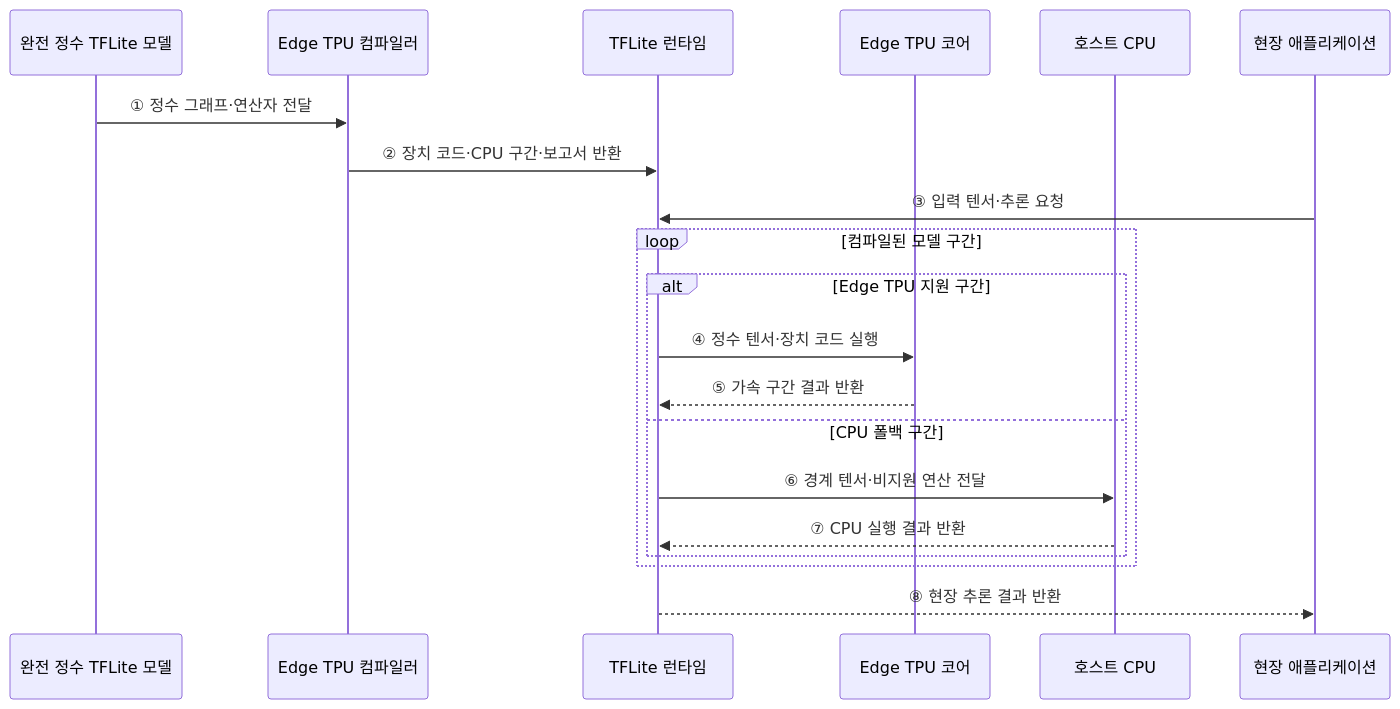
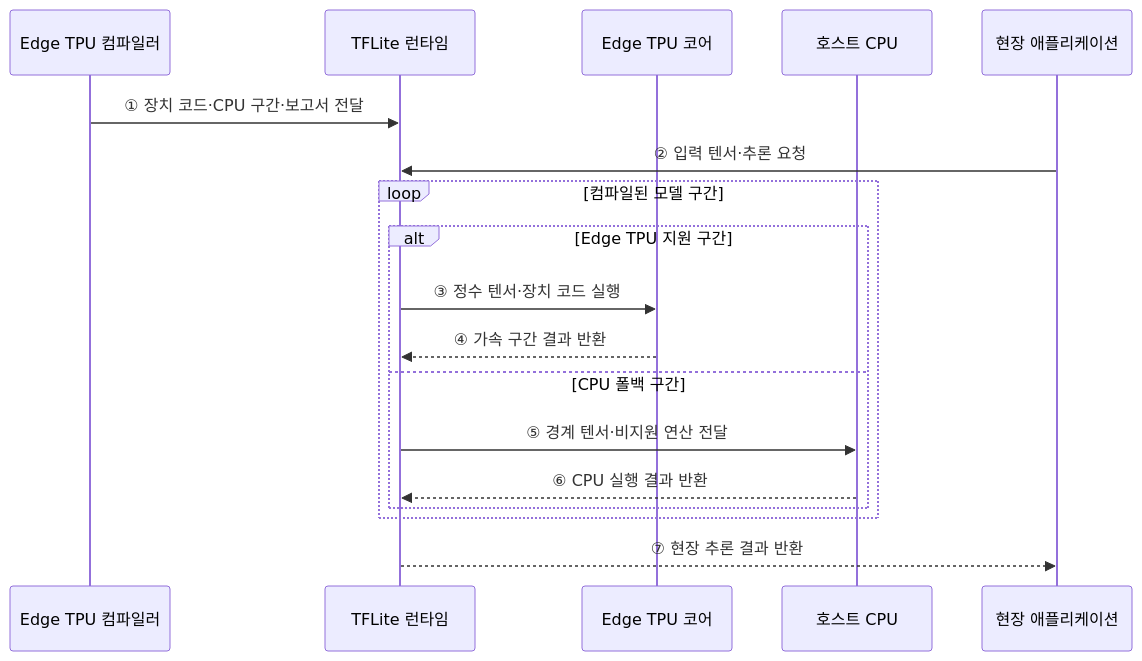
One commit to agnusdei1207/knowledge-base changed the second of 2 diagrams in src/content/docs/notes/02-hardware/045_edge_tpu.md. Above: the diagram before and after it, drawn with Mermaid. The commit also changed other lines of this file and 20 other files, not shown here.

````diff
--- a/src/content/docs/notes/02-hardware/045_edge_tpu.md
+++ b/src/content/docs/notes/02-hardware/045_edge_tpu.md
@@ -91,23 +82,21 @@
 ```mermaid
 sequenceDiagram
-    participant M as 완전 정수 TFLite 모델
     participant C as Edge TPU 컴파일러
     participant R as TFLite 런타임
     participant E as Edge TPU 코어
     participant H as 호스트 CPU
     participant A as 현장 애플리케이션
 
-    M->>C: ① 정수 그래프·연산자 전달
-    C->>R: ② 장치 코드·CPU 구간·보고서 반환
-    A->>R: ③ 입력 텐서·추론 요청
+    C->>R: ① 장치 코드·CPU 구간·보고서 전달
+    A->>R: ② 입력 텐서·추론 요청
     loop 컴파일된 모델 구간
         alt Edge TPU 지원 구간
-            R->>E: ④ 정수 텐서·장치 코드 실행
-            E-->>R: ⑤ 가속 구간 결과 반환
+            R->>E: ③ 정수 텐서·장치 코드 실행
+            E-->>R: ④ 가속 구간 결과 반환
         else CPU 폴백 구간
-            R->>H: ⑥ 경계 텐서·비지원 연산 전달
-            H-->>R: ⑦ CPU 실행 결과 반환
+            R->>H: ⑤ 경계 텐서·비지원 연산 전달
+            H-->>R: ⑥ CPU 실행 결과 반환
         end
     end
-    R-->>A: ⑧ 현장 추론 결과 반환
+    R-->>A: ⑦ 현장 추론 결과 반환
 ```
````
